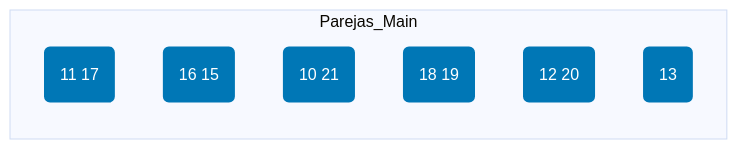
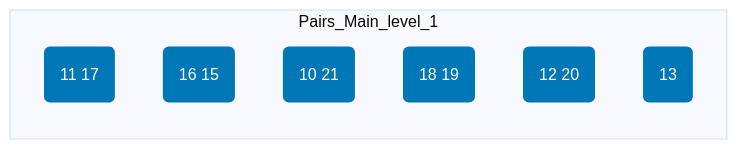
Before and after one commit to luismiguelcasadodiaz/CPP_09: the seventh of 7 diagrams in ford.md, drawn with Mermaid (base theme). The commit also changed other lines of this file, not shown here.

Commit message:
Refactor mermaid graphs and subgraph names

````diff
--- a/ford.md
+++ b/ford.md
@@ -148,14 +148,14 @@
 ```mermaid
 graph LR
-    subgraph Parejas_Main
+    subgraph Pairs_Main_level_1
         PMA1(11 17)
         PMA2(16 15)
         PMA3(10 21)
         PMA4(18 19)
         PMA5(12 20)
         PMA6(13)
     end
     
     classDef mainStyle fill:#0077b6,stroke:#0077b6,stroke-width:2px,color:white
     class PMA1,PMA2,PMA3,PMA4,PMA5,PMA6 mainStyle
 ```
````
